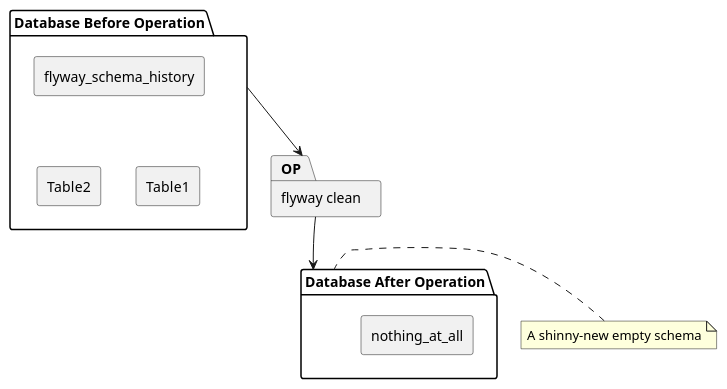
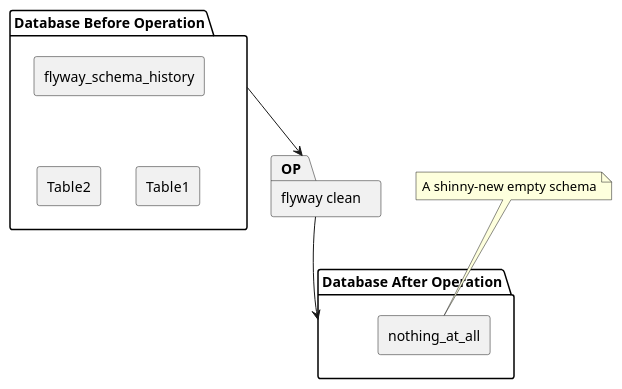
One commit to LangInteger/learning changed the diagram in draw/plantuml/20201117-flyway-clean.puml. Above: the diagram before and after it, drawn with PlantUML. The commit also changed 1 other file, not shown here.

```diff
--- a/draw/plantuml/20201117-flyway-clean.puml
+++ b/draw/plantuml/20201117-flyway-clean.puml
@@ -1,29 +1,29 @@
 @startuml
 
 skinparam componentStyle rectangle
 
 package "Database Before Operation" as DBO {
   [flyway_schema_history] as fsh_1
   [Table1] as table1_1
   [Table2] as table2_1
 }
 
 fsh_1 -[hidden]-> table1_1
 table2_1 -[hidden]> table1_1
 
 package "Database After Operation" as DAO {
   [nothing_at_all] as fsh_2
 }
 
 package "flyway clean" as OP {
 }
 
 table1_1 -[hidden]> OP 
 OP -[hidden]-> DAO
 
 DBO -> OP
 OP -> DAO
 
-note left of DAO: A shinny-new empty schema
+note top of fsh_2: A shinny-new empty schema
 
 @enduml
```
